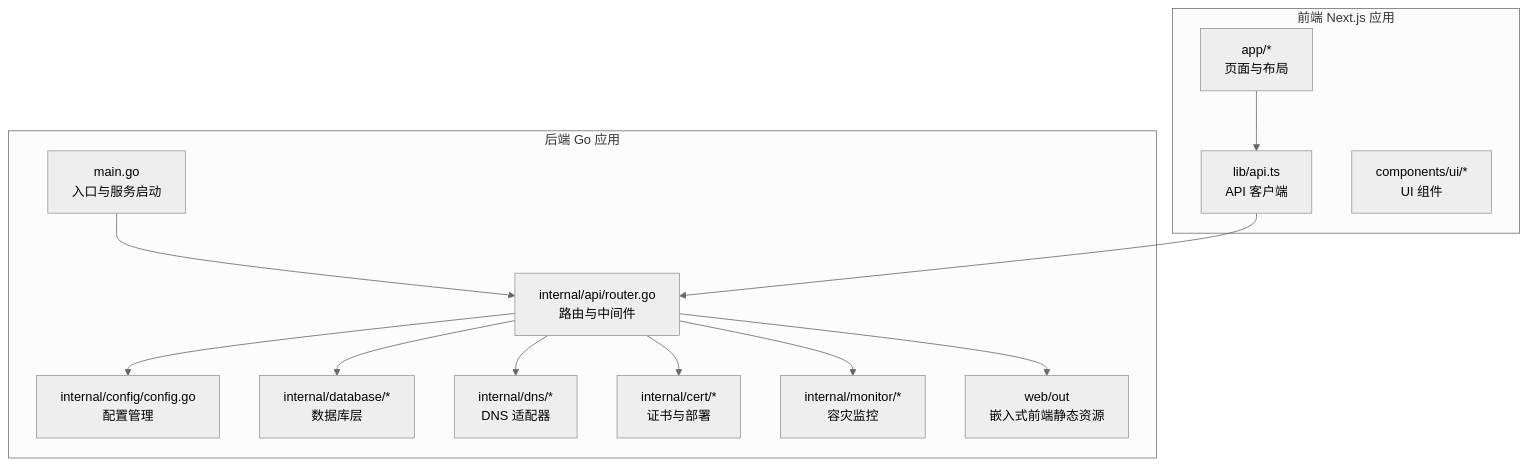
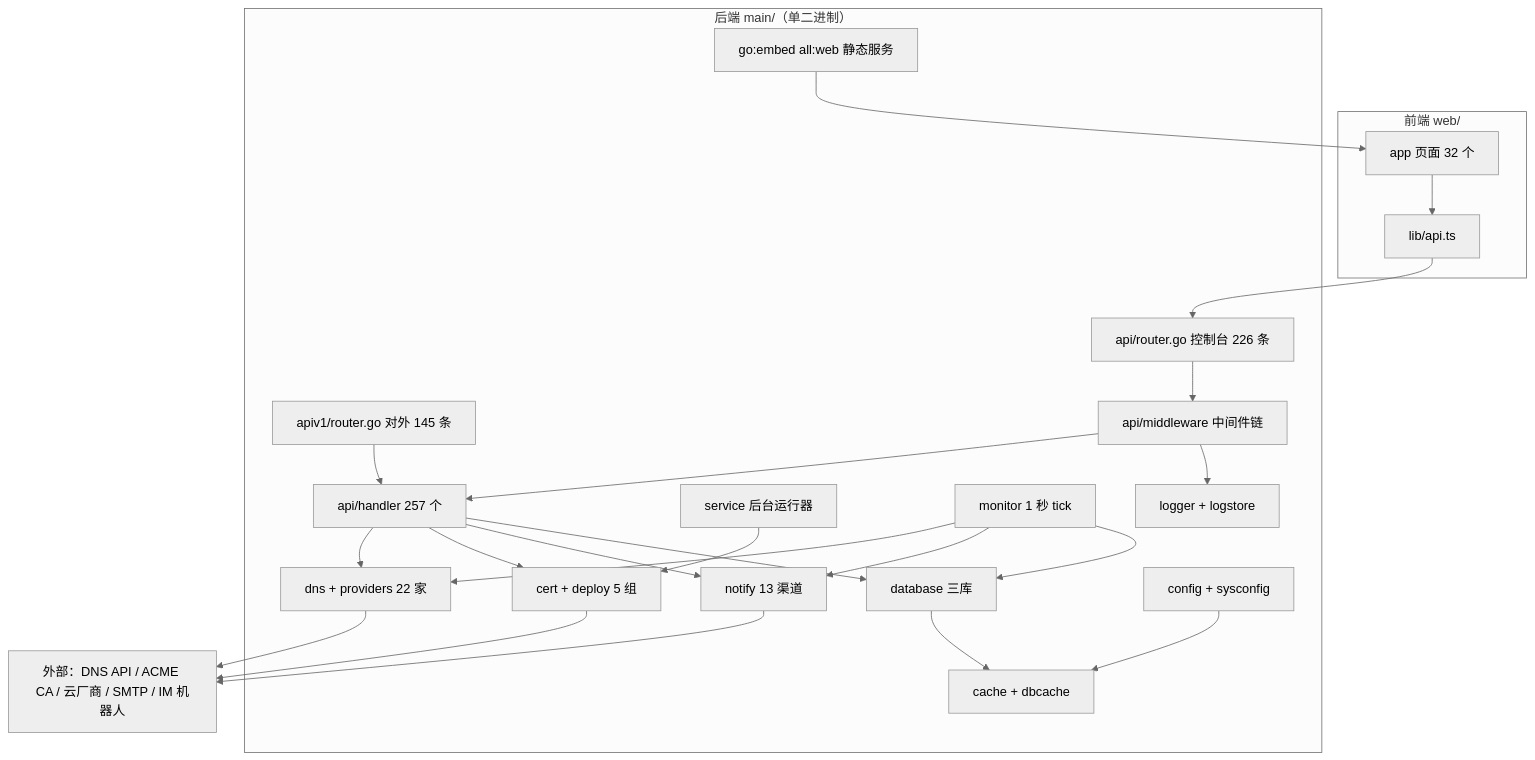
One commit to x01n/dnsplane changed the first of 6 diagrams in docs/项目概述.md. Above: the diagram before and after it, drawn with Mermaid (neutral theme). The commit also changed other lines of this file and 326 other files, not shown here.

````diff
--- a/docs/项目概述.md
+++ b/docs/项目概述.md
@@ -58,27 +161,44 @@
 ```mermaid
-graph TB
-subgraph "后端 Go 应用"
-M["main.go<br/>入口与服务启动"]
-R["internal/api/router.go<br/>路由与中间件"]
-C["internal/config/config.go<br/>配置管理"]
-D["internal/database/*<br/>数据库层"]
-DNS["internal/dns/*<br/>DNS 适配器"]
-CERT["internal/cert/*<br/>证书与部署"]
-MON["internal/monitor/*<br/>容灾监控"]
-WEBOUT["web/out<br/>嵌入式前端静态资源"]
-end
-subgraph "前端 Next.js 应用"
-APP["app/*<br/>页面与布局"]
-LIB["lib/api.ts<br/>API 客户端"]
-UI["components/ui/*<br/>UI 组件"]
-end
-M --> R
-R --> WEBOUT
-R --> DNS
-R --> CERT
-R --> MON
-R --> D
-R --> C
-APP --> LIB
-LIB --> R
+flowchart TB
+    subgraph FE["前端 web/"]
+        APIL["lib/api.ts"]
+        PG["app 页面 32 个"]
+    end
+    subgraph BE["后端 main/（单二进制）"]
+        EMB["go:embed all:web 静态服务"]
+        RT["api/router.go 控制台 226 条"]
+        V1["apiv1/router.go 对外 145 条"]
+        MWD["api/middleware 中间件链"]
+        HDL["api/handler 257 个"]
+        SVC["service 后台运行器"]
+        MON["monitor 1 秒 tick"]
+        DNSA["dns + providers 22 家"]
+        CER["cert + deploy 5 组"]
+        NTT["notify 13 渠道"]
+        DBS["database 三库"]
+        CCH["cache + dbcache"]
+        LOGG["logger + logstore"]
+        CG["config + sysconfig"]
+    end
+    EXT["外部：DNS API / ACME CA / 云厂商 / SMTP / IM 机器人"]
+    PG --> APIL
+    APIL --> RT
+    RT --> MWD
+    MWD --> HDL
+    V1 --> HDL
+    EMB --> PG
+    HDL --> DNSA
+    HDL --> CER
+    HDL --> NTT
+    SVC --> CER
+    MON --> DNSA
+    MON --> NTT
+    DNSA --> EXT
+    CER --> EXT
+    NTT --> EXT
+    HDL --> DBS
+    MON --> DBS
+    DBS --> CCH
+    CG --> CCH
+    MWD --> LOGG
 ```
````
